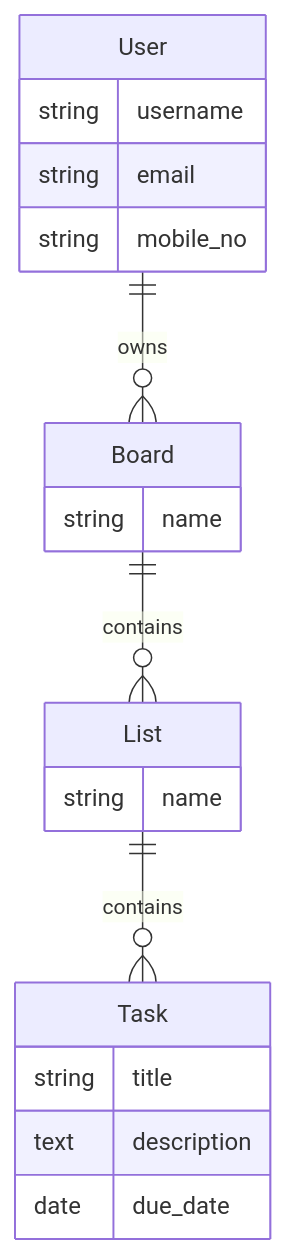
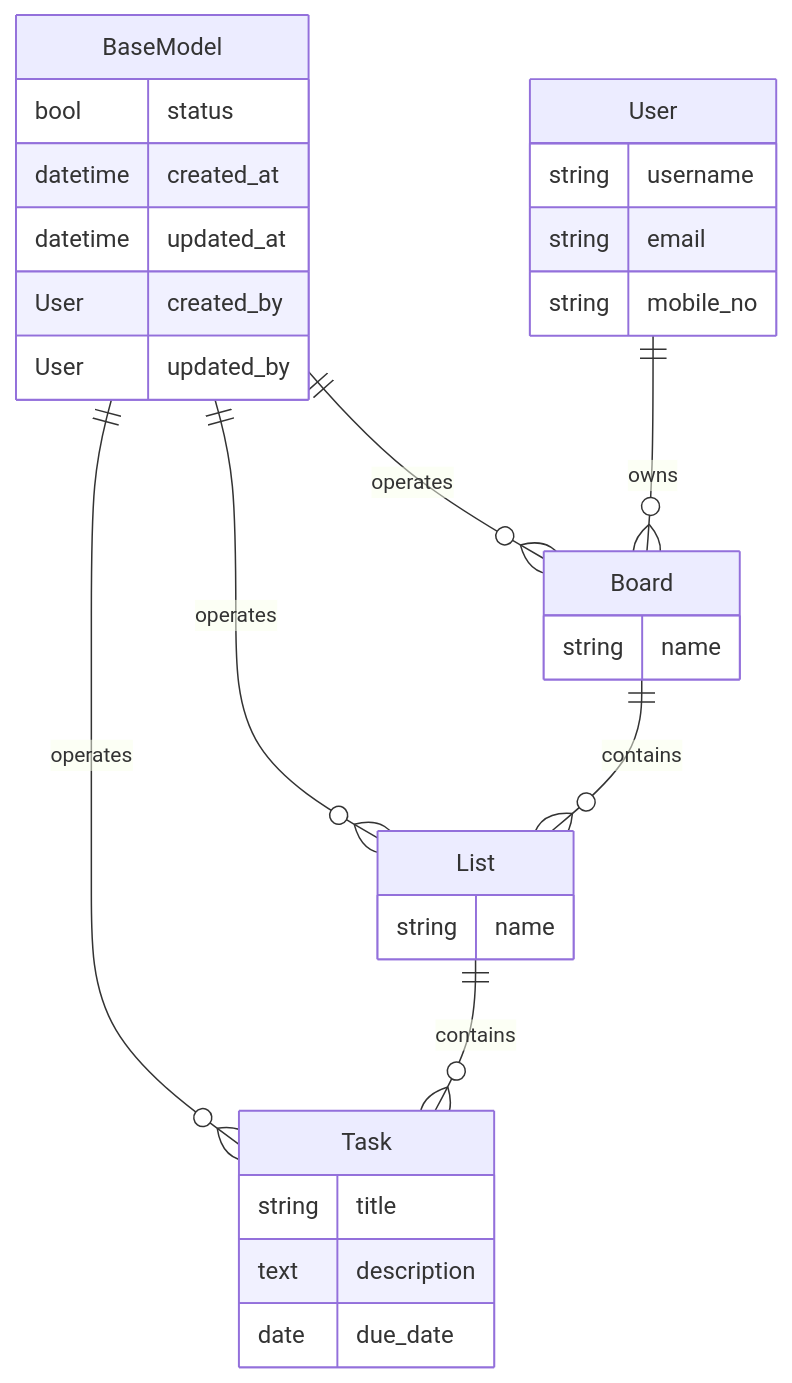
Before and after one commit to binaryloom/TaskManagementSystem: the diagram in docs/database_schema .md, drawn with Mermaid. The commit also changed other lines of this file, not shown here.

Commit message:
Mar 3, 2024, 11:03 PM

````diff
--- a/docs/database_schema .md
+++ b/docs/database_schema .md
@@ -10,22 +11,32 @@
 ```mermaid
 erDiagram
+    BaseModel ||--o{ Board : operates
+    BaseModel ||--o{ List : operates
+    BaseModel ||--o{ Task : operates
     User ||--o{ Board : owns
     Board ||--o{ List : contains
     List ||--o{ Task : contains
     Task {
         string title
         text description
         date due_date
     }
     User {
         string username
         string email
         string mobile_no
     }
     Board {
         string name
     }
     List {
         string name
     }
+    BaseModel {
+        bool status
+        datetime created_at
+        datetime updated_at
+        User created_by
+        User updated_by
+    }
 ```
````
